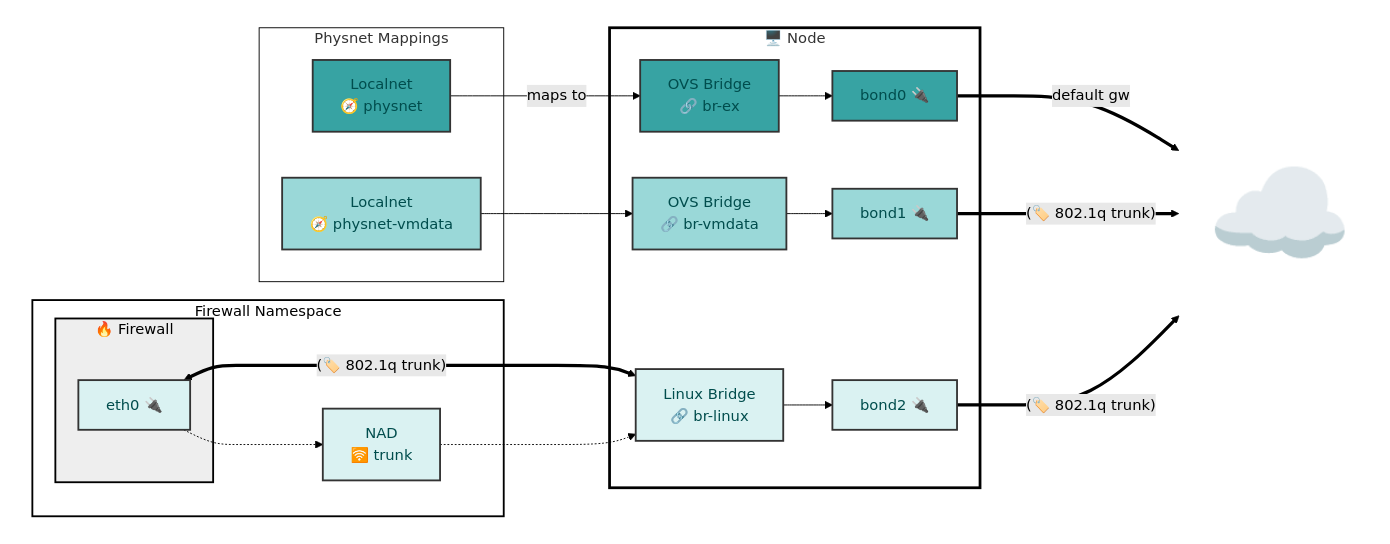
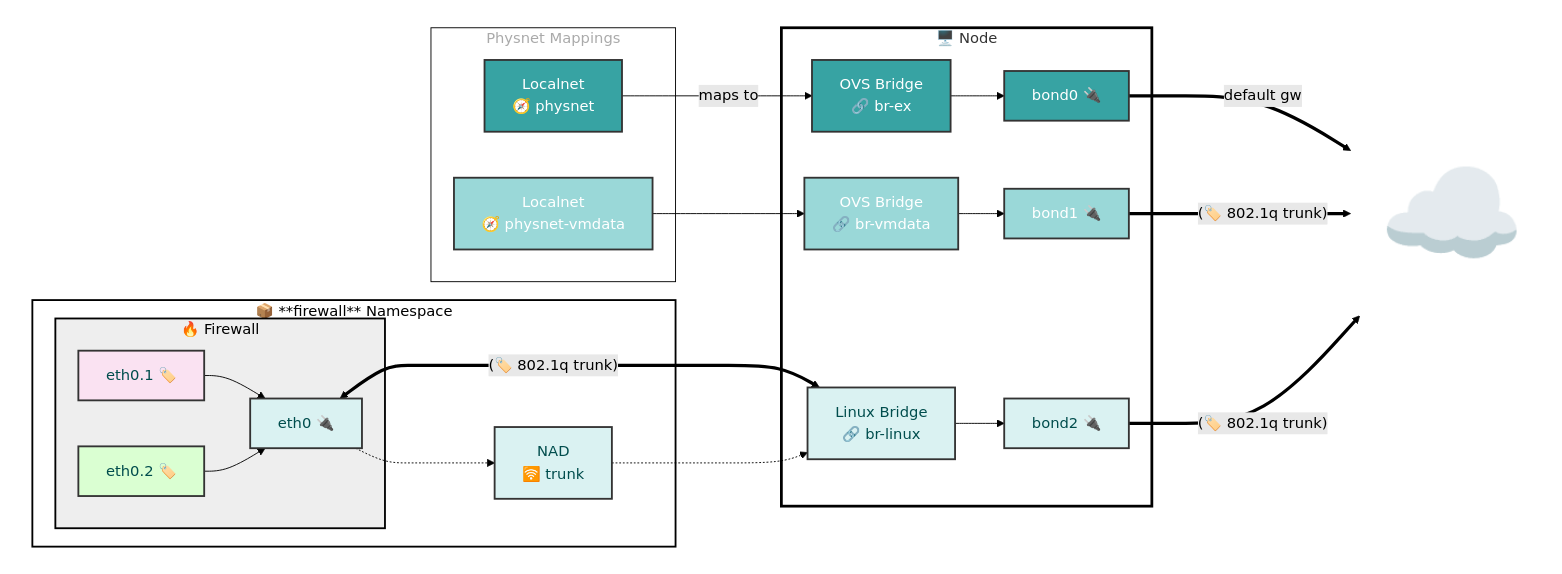
One commit to dlbewley/demo-rhone-26 changed the ninth of 9 diagrams in README.md. Above: the diagram before and after it, drawn with Mermaid (forest theme). The commit also changed other lines of this file, not shown here.

````diff
--- a/README.md
+++ b/README.md
@@ -393,64 +549,71 @@
 ```mermaid
 graph LR;
     subgraph Cluster[" "]
 
       subgraph Localnets["Physnet Mappings"]
         physnet-ex[Localnet<br> 🧭 physnet]
         physnet-vmdata[Localnet<br> 🧭 physnet-vmdata]
       end
-        subgraph ns-client[" Firewall Namespace"]
+        subgraph ns-client["📦 **firewall** Namespace"]
           nad-vgt-client[NAD<br> 🛜 trunk]
           subgraph vm-client["🔥 Firewall"]
               vgt-client-eth0[eth0 🔌]
+              vgt-client-vlan1[eth0.1 🏷️]:::Vlan1
+              vgt-client-vlan2[eth0.2 🏷️]:::Vlan2
           end
         end
 
       subgraph node1["🖥️ Node "]
         br-ex[ OVS Bridge<br> 🔗 br-ex]
         br-vmdata[ OVS Bridge<br> 🔗 br-vmdata]
         br-linux[ Linux Bridge<br> 🔗 br-linux]
         node1-bond0[bond0 🔌]
         node1-bond1[bond1 🔌]
         node1-bond2[bond2 🔌]
       end
     end
 
     physnet-ex -- maps to --> br-ex
     physnet-vmdata --> br-vmdata
     br-ex --> node1-bond0
     br-vmdata --> node1-bond1
     br-linux --> node1-bond2
     vgt-client-eth0 <==(🏷️ 802.1q trunk)==> br-linux
     vgt-client-eth0 -.-> nad-vgt-client
     nad-vgt-client -.->  br-linux
+    vgt-client-vlan1 --> vgt-client-eth0
+    vgt-client-vlan2 --> vgt-client-eth0
 
     Internet["☁️ "]:::Internet
     node1-bond0 ==default gw==> Internet
     node1-bond1 ==(🏷️ 802.1q trunk)==> Internet
     node1-bond2 ==(🏷️ 802.1q trunk)==> Internet
 
-    classDef bond0 fill:#37A3A3,color:#004d4d,stroke:#333,stroke-width:2px
+    classDef bond0 fill:#37A3A3,color:#fff,stroke:#333,stroke-width:2px
     class br-ex,physnet-ex,node1-bond0 bond0
 
-    classDef bond1 fill:#9ad8d8,color:#004d4d,stroke:#333,stroke-width:2px
+    classDef bond1 fill:#9ad8d8,color:#fff,stroke:#333,stroke-width:2px
     class br-vmdata,physnet-vmdata,node1-bond1 bond1
 
     classDef bond2 fill:#daf2f2,color:#004d4d,stroke:#333,stroke-width:2px
     class nad-vgt-client,vgt-client-eth0,br-linux,node1-bond2 bond2
 
+    classDef Vlan1 fill:#fae2f2,color:#004d4d,stroke:#333,stroke-width:2px
+    classDef Vlan2 fill:#daffd2,color:#004d4d,stroke:#333,stroke-width:2px
+
     classDef labels stroke-width:1px,color:#fff,fill:#005577
     classDef networks fill:#cdd,stroke-width:0px
 
-    style Localnets fill:#fff,stroke:#000,stroke-width:1px
+    style Localnets fill:#fff,color:#aaa,stroke:#000,stroke-width:1px
     style Cluster color:#000,fill:#fff,stroke:#333,stroke-width:0px
     style Internet fill:none,stroke-width:0px,font-size:+2em
 
     classDef nodes fill:#fff,stroke:#000,stroke-width:3px
     class node1,node2,node3 nodes
 
     classDef vm color:#000,fill:#eee,stroke:#000,stroke-width:2px
     class vm-client,vm-ldap,vm-nfs vm
 
     classDef namespace color:#000,fill:#fff,stroke:#000,stroke-width:2px;
     class ns-nfs,ns-client,ns-ldap namespace;
 ```
````
